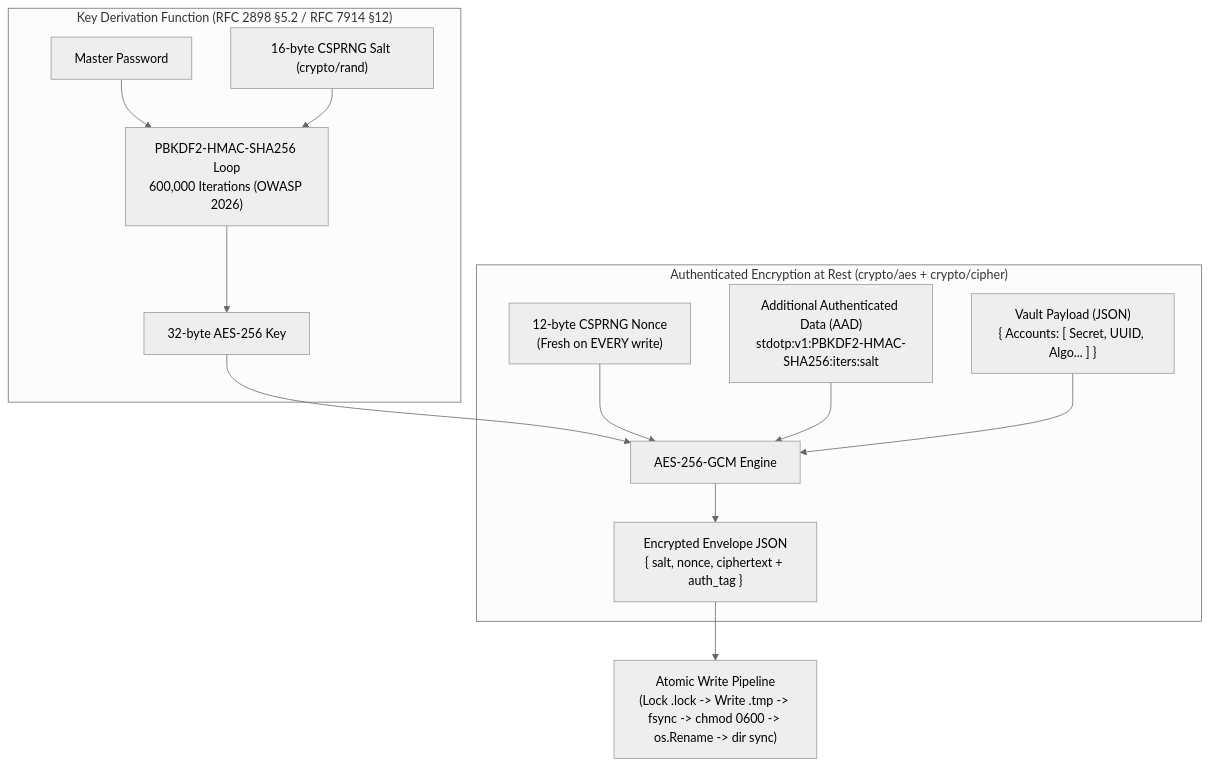
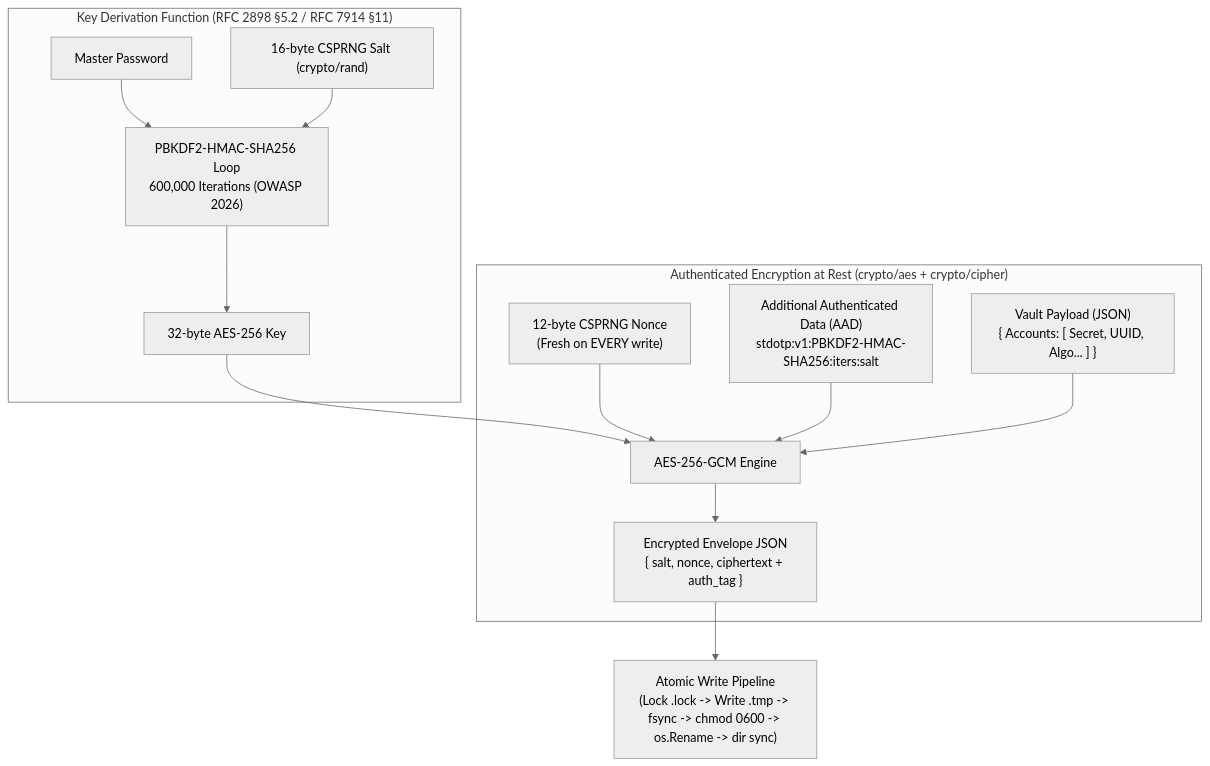
Before and after one commit to moin08s/stdotp: the second of 4 diagrams in README.md, drawn with Mermaid (neutral theme). The commit also changed other lines of this file and 6 other files, not shown here.

````diff
--- a/README.md
+++ b/README.md
@@ -157,18 +157,18 @@
 ```mermaid
 flowchart TD
-    subgraph KDF["Key Derivation Function (RFC 2898 §5.2 / RFC 7914 §12)"]
+    subgraph KDF["Key Derivation Function (RFC 2898 §5.2 / RFC 7914 §11)"]
         Password[Master Password] --> PBKDF2Loop["PBKDF2-HMAC-SHA256 Loop<br/>600,000 Iterations (OWASP 2026)"]
         Salt["16-byte CSPRNG Salt (crypto/rand)"] --> PBKDF2Loop
         PBKDF2Loop --> DerivedKey["32-byte AES-256 Key"]
     end
 
     subgraph AEAD["Authenticated Encryption at Rest (crypto/aes + crypto/cipher)"]
         DerivedKey --> AESGCM["AES-256-GCM Engine"]
         FreshNonce["12-byte CSPRNG Nonce<br/>(Fresh on EVERY write)"] --> AESGCM
         HeaderAAD["Additional Authenticated Data (AAD)<br/>stdotp:v1:PBKDF2-HMAC-SHA256:iters:salt"] --> AESGCM
         PlaintextJSON["Vault Payload (JSON)<br/>{ Accounts: [ Secret, UUID, Algo... ] }"] --> AESGCM
         AESGCM --> EncryptedEnvelope["Encrypted Envelope JSON<br/>{ salt, nonce, ciphertext + auth_tag }"]
     end
 
     EncryptedEnvelope --> AtomicWrite["Atomic Write Pipeline<br/>(Lock .lock -> Write .tmp -> fsync -> chmod 0600 -> os.Rename -> dir sync)"]
 ```
````
